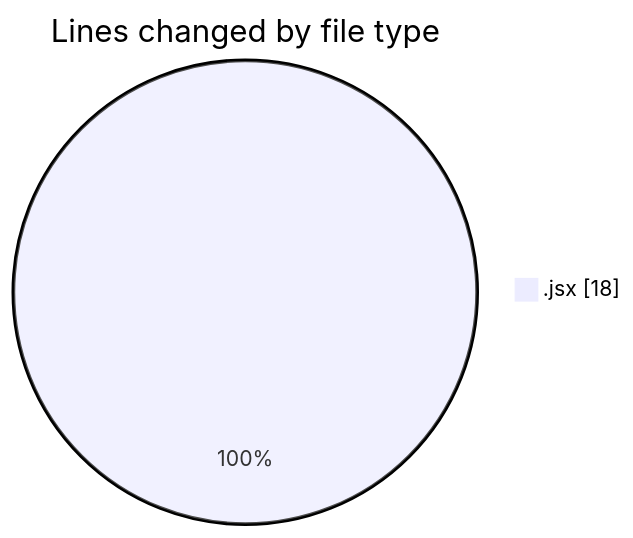
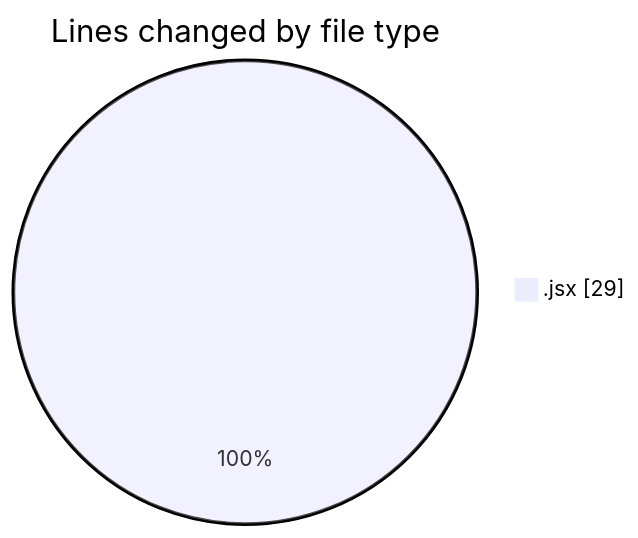
Before and after one commit to momahboobian/code-tracking: the first of 2 diagrams in 2026-02-11/cda/README.md, drawn with Mermaid. The commit also changed other lines of this file and 1 other file, not shown here.

````diff
--- a/2026-02-11/cda/README.md
+++ b/2026-02-11/cda/README.md
@@ -20,5 +20,5 @@
 ```mermaid
 pie showData
 title Lines changed by file type
-".jsx" : 18
+".jsx" : 29
 ```
````
